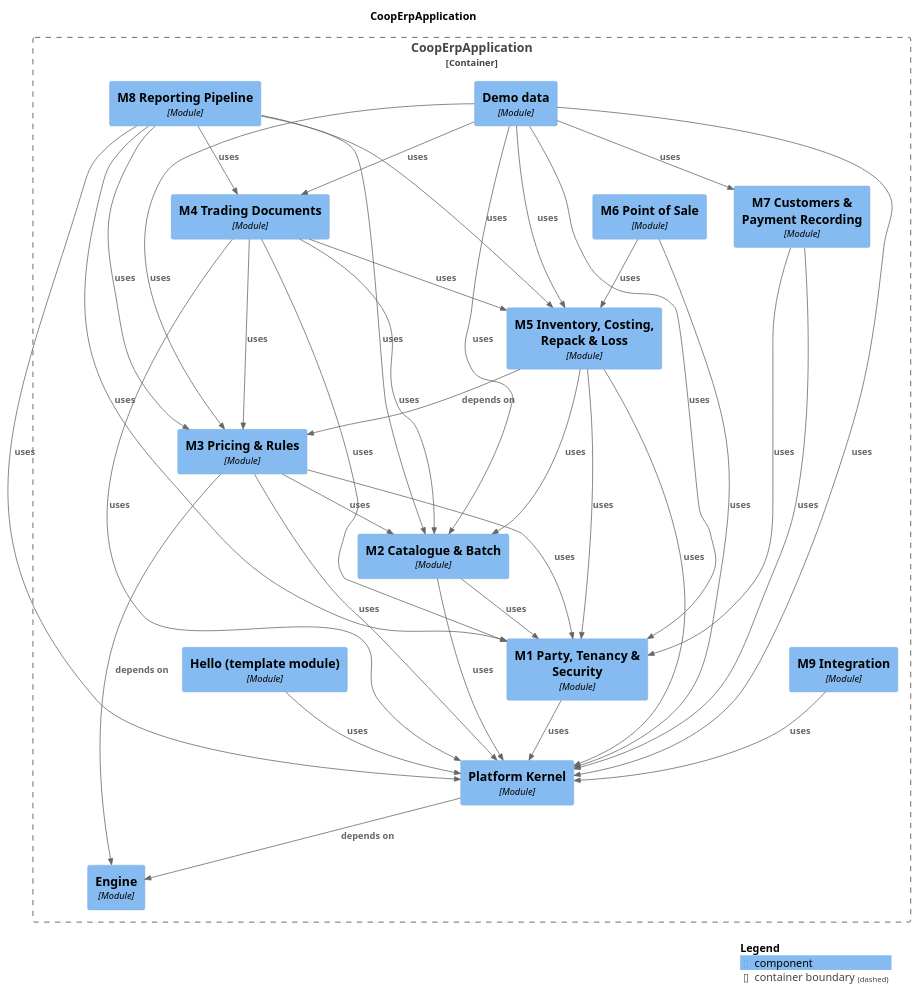
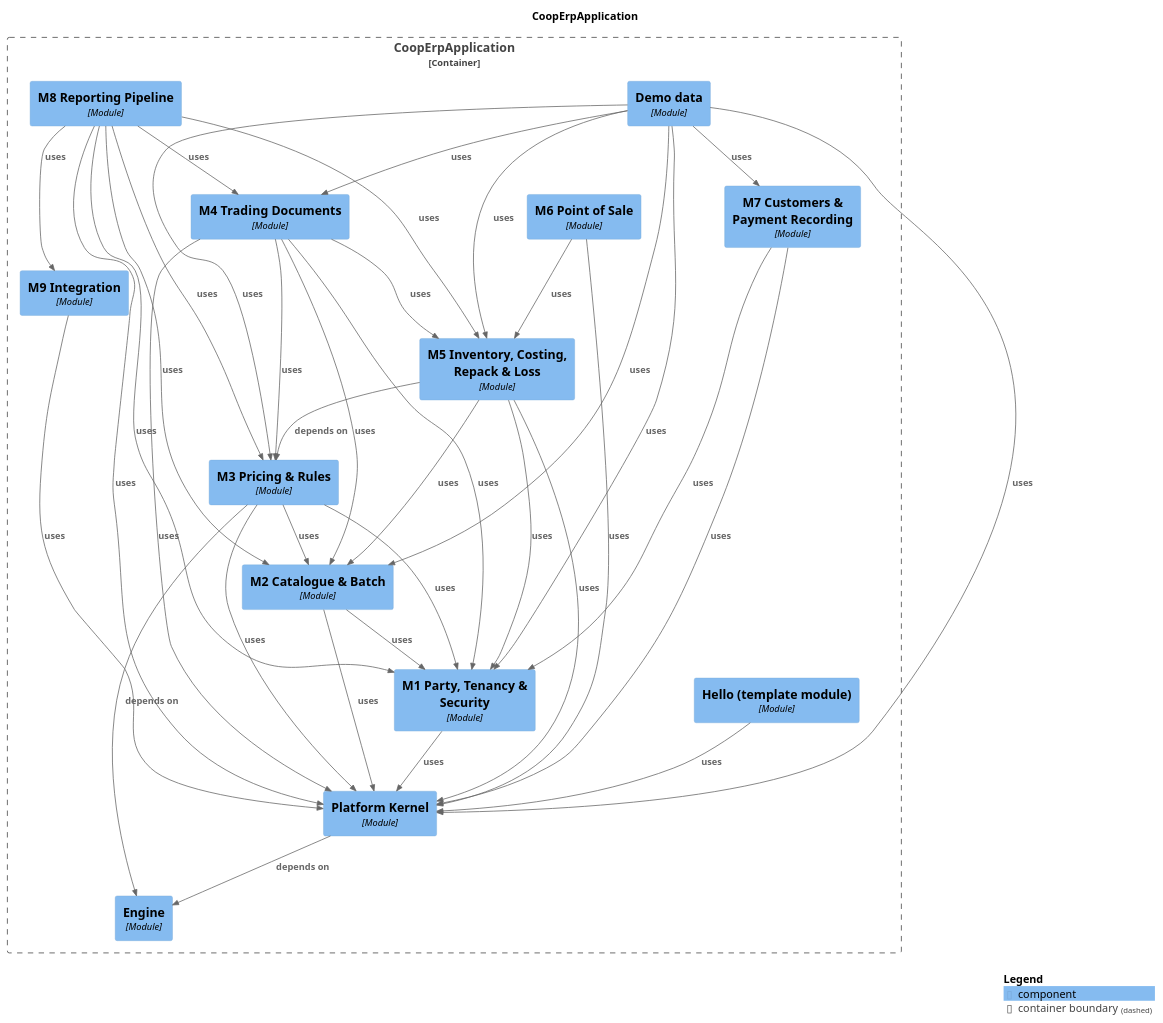
The diagram in docs/modules/components.puml (Knoweb/COOP_ERP), drawn with PlantUML before and after one commit. The commit also changed 22 other files, not shown here.

```diff
--- a/docs/modules/components.puml
+++ b/docs/modules/components.puml
@@ -1,65 +1,66 @@
 @startuml
 set separator none
 title CoopErpApplication
 
 top to bottom direction
 
 !include <C4/C4>
 !include <C4/C4_Context>
 !include <C4/C4_Component>
 
 Container_Boundary("CoopErpApplication.CoopErpApplication_boundary", "CoopErpApplication", $tags="") {
   Component(CoopErpApplication.CoopErpApplication.M7CustomersPaymentRecording, "M7 Customers & Payment Recording", $techn="Module", $descr="", $tags="", $link="")
   Component(CoopErpApplication.CoopErpApplication.M3PricingRules, "M3 Pricing & Rules", $techn="Module", $descr="", $tags="", $link="")
   Component(CoopErpApplication.CoopErpApplication.M5InventoryCostingRepackLoss, "M5 Inventory, Costing, Repack & Loss", $techn="Module", $descr="", $tags="", $link="")
   Component(CoopErpApplication.CoopErpApplication.M4TradingDocuments, "M4 Trading Documents", $techn="Module", $descr="", $tags="", $link="")
   Component(CoopErpApplication.CoopErpApplication.M6PointofSale, "M6 Point of Sale", $techn="Module", $descr="", $tags="", $link="")
   Component(CoopErpApplication.CoopErpApplication.Demodata, "Demo data", $techn="Module", $descr="", $tags="", $link="")
   Component(CoopErpApplication.CoopErpApplication.M8ReportingPipeline, "M8 Reporting Pipeline", $techn="Module", $descr="", $tags="", $link="")
   Component(CoopErpApplication.CoopErpApplication.Engine, "Engine", $techn="Module", $descr="", $tags="", $link="")
   Component(CoopErpApplication.CoopErpApplication.PlatformKernel, "Platform Kernel", $techn="Module", $descr="", $tags="", $link="")
   Component(CoopErpApplication.CoopErpApplication.Hellotemplatemodule, "Hello (template module)", $techn="Module", $descr="", $tags="", $link="")
   Component(CoopErpApplication.CoopErpApplication.M1PartyTenancySecurity, "M1 Party, Tenancy & Security", $techn="Module", $descr="", $tags="", $link="")
   Component(CoopErpApplication.CoopErpApplication.M9Integration, "M9 Integration", $techn="Module", $descr="", $tags="", $link="")
   Component(CoopErpApplication.CoopErpApplication.M2CatalogueBatch, "M2 Catalogue & Batch", $techn="Module", $descr="", $tags="", $link="")
 }
 
 Rel(CoopErpApplication.CoopErpApplication.Demodata, CoopErpApplication.CoopErpApplication.M1PartyTenancySecurity, "uses", $techn="", $tags="", $link="")
 Rel(CoopErpApplication.CoopErpApplication.Demodata, CoopErpApplication.CoopErpApplication.M2CatalogueBatch, "uses", $techn="", $tags="", $link="")
 Rel(CoopErpApplication.CoopErpApplication.Demodata, CoopErpApplication.CoopErpApplication.M3PricingRules, "uses", $techn="", $tags="", $link="")
 Rel(CoopErpApplication.CoopErpApplication.Demodata, CoopErpApplication.CoopErpApplication.M4TradingDocuments, "uses", $techn="", $tags="", $link="")
 Rel(CoopErpApplication.CoopErpApplication.Demodata, CoopErpApplication.CoopErpApplication.M5InventoryCostingRepackLoss, "uses", $techn="", $tags="", $link="")
 Rel(CoopErpApplication.CoopErpApplication.Demodata, CoopErpApplication.CoopErpApplication.M7CustomersPaymentRecording, "uses", $techn="", $tags="", $link="")
 Rel(CoopErpApplication.CoopErpApplication.Demodata, CoopErpApplication.CoopErpApplication.PlatformKernel, "uses", $techn="", $tags="", $link="")
 Rel(CoopErpApplication.CoopErpApplication.Hellotemplatemodule, CoopErpApplication.CoopErpApplication.PlatformKernel, "uses", $techn="", $tags="", $link="")
 Rel(CoopErpApplication.CoopErpApplication.M1PartyTenancySecurity, CoopErpApplication.CoopErpApplication.PlatformKernel, "uses", $techn="", $tags="", $link="")
 Rel(CoopErpApplication.CoopErpApplication.M2CatalogueBatch, CoopErpApplication.CoopErpApplication.M1PartyTenancySecurity, "uses", $techn="", $tags="", $link="")
 Rel(CoopErpApplication.CoopErpApplication.M2CatalogueBatch, CoopErpApplication.CoopErpApplication.PlatformKernel, "uses", $techn="", $tags="", $link="")
 Rel(CoopErpApplication.CoopErpApplication.M3PricingRules, CoopErpApplication.CoopErpApplication.Engine, "depends on", $techn="", $tags="", $link="")
 Rel(CoopErpApplication.CoopErpApplication.M3PricingRules, CoopErpApplication.CoopErpApplication.M1PartyTenancySecurity, "uses", $techn="", $tags="", $link="")
 Rel(CoopErpApplication.CoopErpApplication.M3PricingRules, CoopErpApplication.CoopErpApplication.M2CatalogueBatch, "uses", $techn="", $tags="", $link="")
 Rel(CoopErpApplication.CoopErpApplication.M3PricingRules, CoopErpApplication.CoopErpApplication.PlatformKernel, "uses", $techn="", $tags="", $link="")
 Rel(CoopErpApplication.CoopErpApplication.M4TradingDocuments, CoopErpApplication.CoopErpApplication.M1PartyTenancySecurity, "uses", $techn="", $tags="", $link="")
 Rel(CoopErpApplication.CoopErpApplication.M4TradingDocuments, CoopErpApplication.CoopErpApplication.M2CatalogueBatch, "uses", $techn="", $tags="", $link="")
 Rel(CoopErpApplication.CoopErpApplication.M4TradingDocuments, CoopErpApplication.CoopErpApplication.M3PricingRules, "uses", $techn="", $tags="", $link="")
 Rel(CoopErpApplication.CoopErpApplication.M4TradingDocuments, CoopErpApplication.CoopErpApplication.M5InventoryCostingRepackLoss, "uses", $techn="", $tags="", $link="")
 Rel(CoopErpApplication.CoopErpApplication.M4TradingDocuments, CoopErpApplication.CoopErpApplication.PlatformKernel, "uses", $techn="", $tags="", $link="")
 Rel(CoopErpApplication.CoopErpApplication.M5InventoryCostingRepackLoss, CoopErpApplication.CoopErpApplication.M1PartyTenancySecurity, "uses", $techn="", $tags="", $link="")
 Rel(CoopErpApplication.CoopErpApplication.M5InventoryCostingRepackLoss, CoopErpApplication.CoopErpApplication.M2CatalogueBatch, "uses", $techn="", $tags="", $link="")
 Rel(CoopErpApplication.CoopErpApplication.M5InventoryCostingRepackLoss, CoopErpApplication.CoopErpApplication.M3PricingRules, "depends on", $techn="", $tags="", $link="")
 Rel(CoopErpApplication.CoopErpApplication.M5InventoryCostingRepackLoss, CoopErpApplication.CoopErpApplication.PlatformKernel, "uses", $techn="", $tags="", $link="")
 Rel(CoopErpApplication.CoopErpApplication.M6PointofSale, CoopErpApplication.CoopErpApplication.M5InventoryCostingRepackLoss, "uses", $techn="", $tags="", $link="")
 Rel(CoopErpApplication.CoopErpApplication.M6PointofSale, CoopErpApplication.CoopErpApplication.PlatformKernel, "uses", $techn="", $tags="", $link="")
 Rel(CoopErpApplication.CoopErpApplication.M7CustomersPaymentRecording, CoopErpApplication.CoopErpApplication.M1PartyTenancySecurity, "uses", $techn="", $tags="", $link="")
 Rel(CoopErpApplication.CoopErpApplication.M7CustomersPaymentRecording, CoopErpApplication.CoopErpApplication.PlatformKernel, "uses", $techn="", $tags="", $link="")
 Rel(CoopErpApplication.CoopErpApplication.M8ReportingPipeline, CoopErpApplication.CoopErpApplication.M1PartyTenancySecurity, "uses", $techn="", $tags="", $link="")
 Rel(CoopErpApplication.CoopErpApplication.M8ReportingPipeline, CoopErpApplication.CoopErpApplication.M2CatalogueBatch, "uses", $techn="", $tags="", $link="")
 Rel(CoopErpApplication.CoopErpApplication.M8ReportingPipeline, CoopErpApplication.CoopErpApplication.M3PricingRules, "uses", $techn="", $tags="", $link="")
 Rel(CoopErpApplication.CoopErpApplication.M8ReportingPipeline, CoopErpApplication.CoopErpApplication.M4TradingDocuments, "uses", $techn="", $tags="", $link="")
 Rel(CoopErpApplication.CoopErpApplication.M8ReportingPipeline, CoopErpApplication.CoopErpApplication.M5InventoryCostingRepackLoss, "uses", $techn="", $tags="", $link="")
+Rel(CoopErpApplication.CoopErpApplication.M8ReportingPipeline, CoopErpApplication.CoopErpApplication.M9Integration, "uses", $techn="", $tags="", $link="")
 Rel(CoopErpApplication.CoopErpApplication.M8ReportingPipeline, CoopErpApplication.CoopErpApplication.PlatformKernel, "uses", $techn="", $tags="", $link="")
 Rel(CoopErpApplication.CoopErpApplication.M9Integration, CoopErpApplication.CoopErpApplication.PlatformKernel, "uses", $techn="", $tags="", $link="")
 Rel(CoopErpApplication.CoopErpApplication.PlatformKernel, CoopErpApplication.CoopErpApplication.Engine, "depends on", $techn="", $tags="", $link="")
 
 SHOW_LEGEND(true)
 @enduml
```
